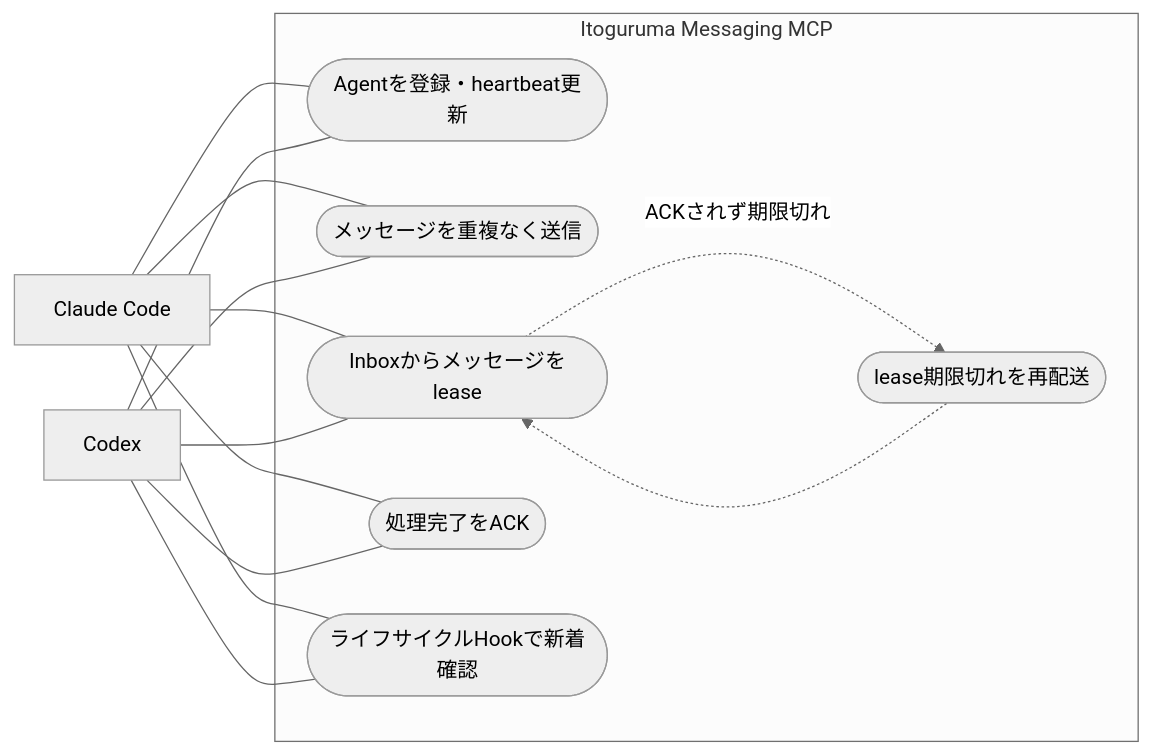
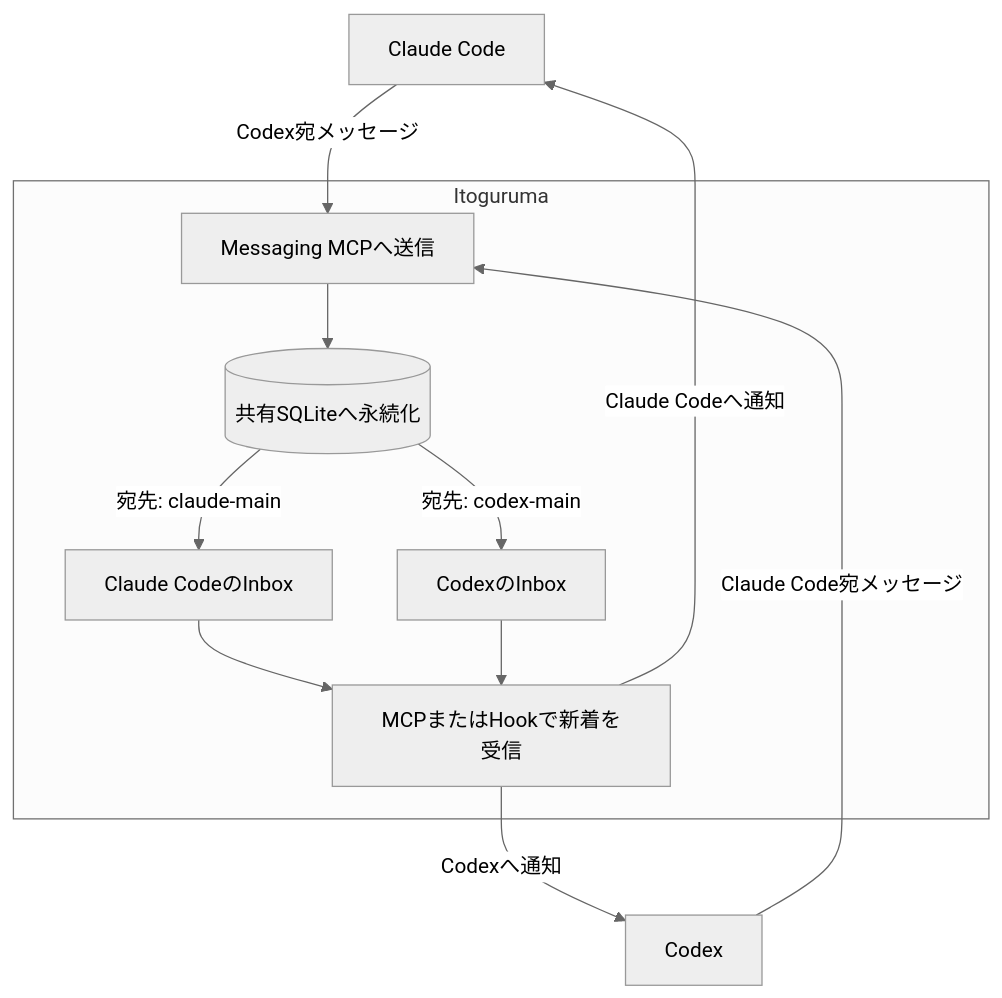
Before and after one commit to katsushoe/Itoguruma: the diagram in README.md, drawn with Mermaid (neutral theme). The commit also changed other lines of this file, not shown here.

Commit message:
docs: clarify message delivery flow

````diff
--- a/README.md
+++ b/README.md
@@ -7,27 +7,23 @@
 ```mermaid
-flowchart LR
+flowchart TB
     Claude["Claude Code"]
     Codex["Codex"]
 
-    subgraph Itoguruma["Itoguruma Messaging MCP"]
-        Register(["Agentを登録・heartbeat更新"])
-        Send(["メッセージを重複なく送信"])
-        Receive(["Inboxからメッセージをlease"])
-        Ack(["処理完了をACK"])
-        Redeliver(["lease期限切れを再配送"])
-        Hook(["ライフサイクルHookで新着確認"])
+    subgraph Itoguruma["Itoguruma"]
+        Send["Messaging MCPへ送信"]
+        Store[("共有SQLiteへ永続化")]
+        ClaudeInbox["Claude CodeのInbox"]
+        CodexInbox["CodexのInbox"]
+        Deliver["MCPまたはHookで新着を受信"]
     end
 
-    Claude --- Register
-    Codex --- Register
-    Claude --- Send
-    Codex --- Send
-    Claude --- Receive
-    Codex --- Receive
-    Claude --- Ack
-    Codex --- Ack
-    Claude --- Hook
-    Codex --- Hook
-    Receive -. "ACKされず期限切れ" .-> Redeliver
-    Redeliver -.-> Receive
+    Claude -- "Codex宛メッセージ" --> Send
+    Codex -- "Claude Code宛メッセージ" --> Send
+    Send --> Store
+    Store -- "宛先: claude-main" --> ClaudeInbox
+    Store -- "宛先: codex-main" --> CodexInbox
+    ClaudeInbox --> Deliver
+    CodexInbox --> Deliver
+    Deliver -- "Claude Codeへ通知" --> Claude
+    Deliver -- "Codexへ通知" --> Codex
 ```
````
